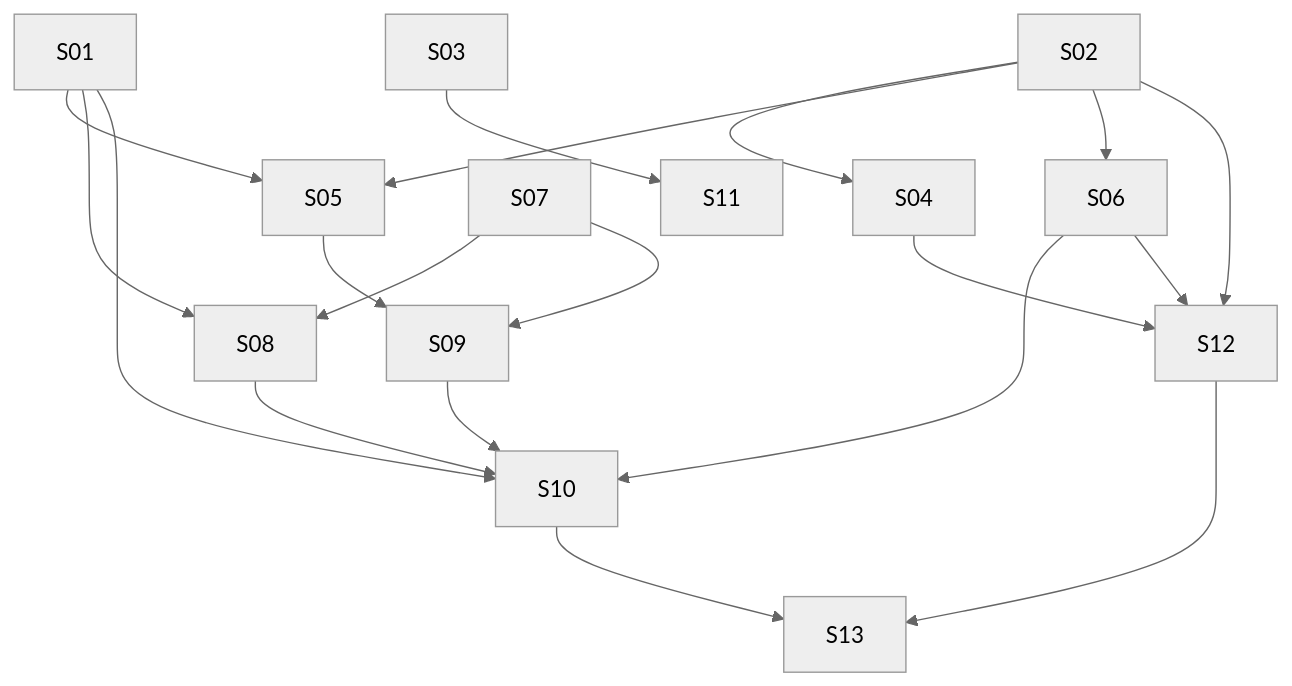
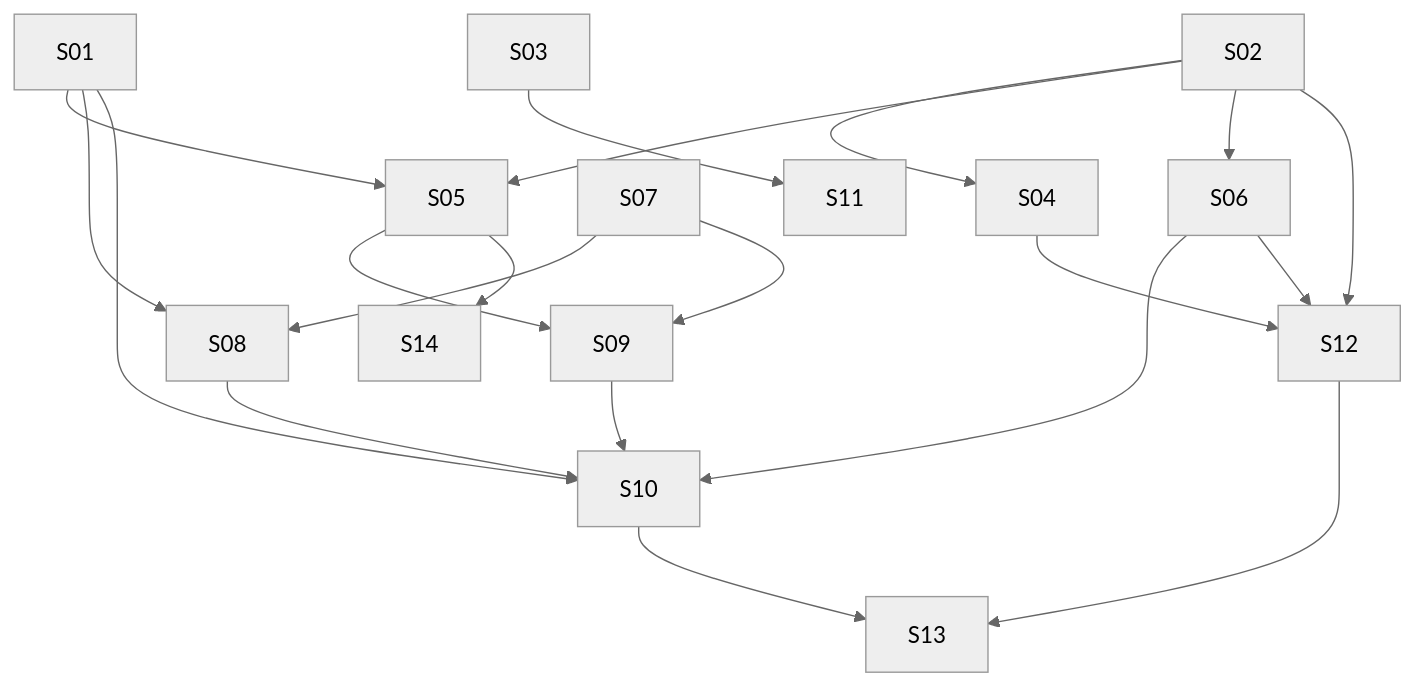
Before and after one commit to lmmoreira/ikaro: the diagram in plan/M20-LEAD-FORM-MODULE.md, drawn with Mermaid (neutral theme). The commit also changed other lines of this file, not shown here.

````diff
--- a/plan/M20-LEAD-FORM-MODULE.md
+++ b/plan/M20-LEAD-FORM-MODULE.md
@@ -36,21 +37,22 @@
 ```mermaid
 graph TD
   S01 --> S05
   S02 --> S04
   S02 --> S05
   S02 --> S06
   S01 --> S08
   S07 --> S08
   S05 --> S09
   S07 --> S09
   S06 --> S10
   S08 --> S10
   S09 --> S10
   S01 --> S10
   S03 --> S11
   S02 --> S12
   S06 --> S12
   S04 --> S12
   S10 --> S13
   S12 --> S13
+  S05 --> S14
 ```
````
